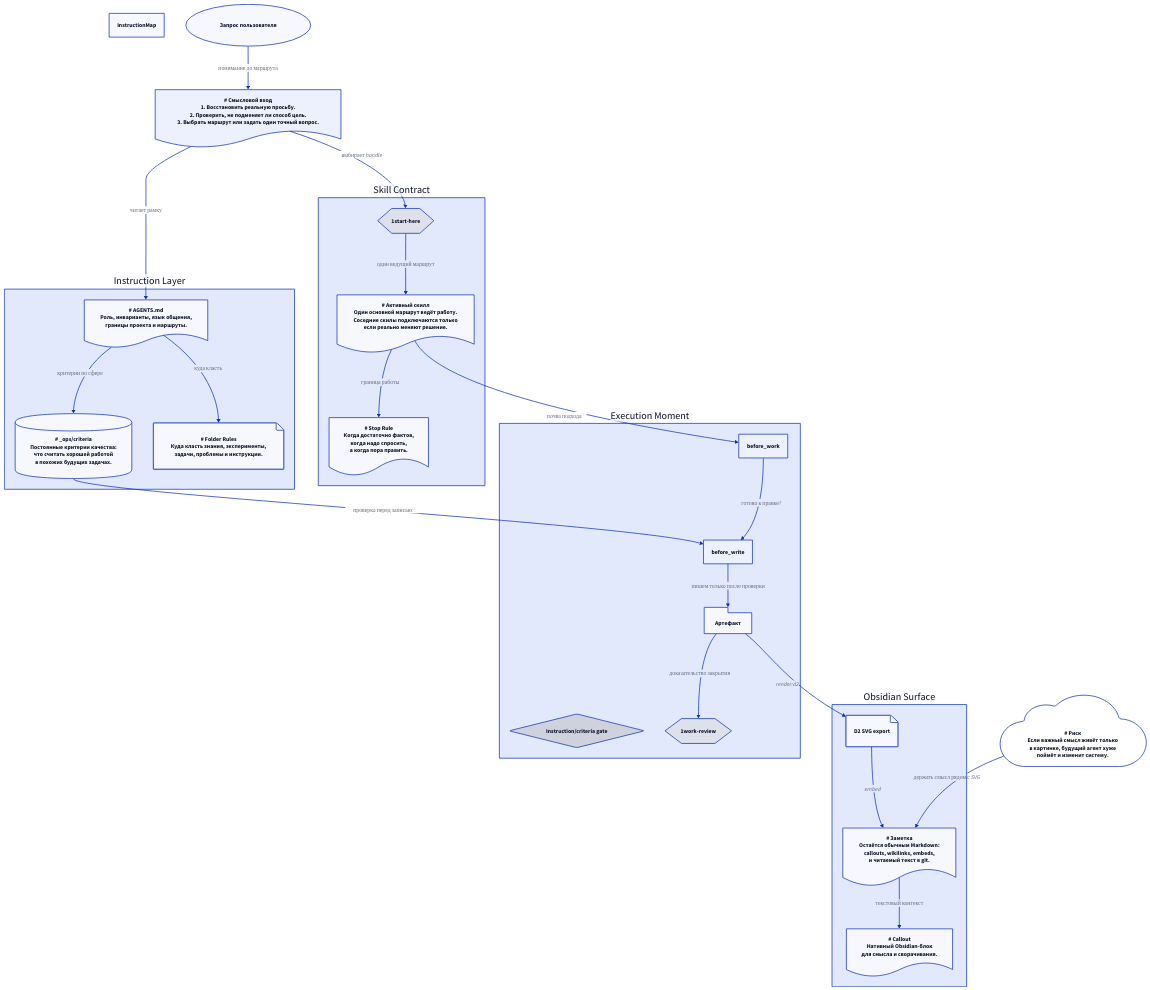
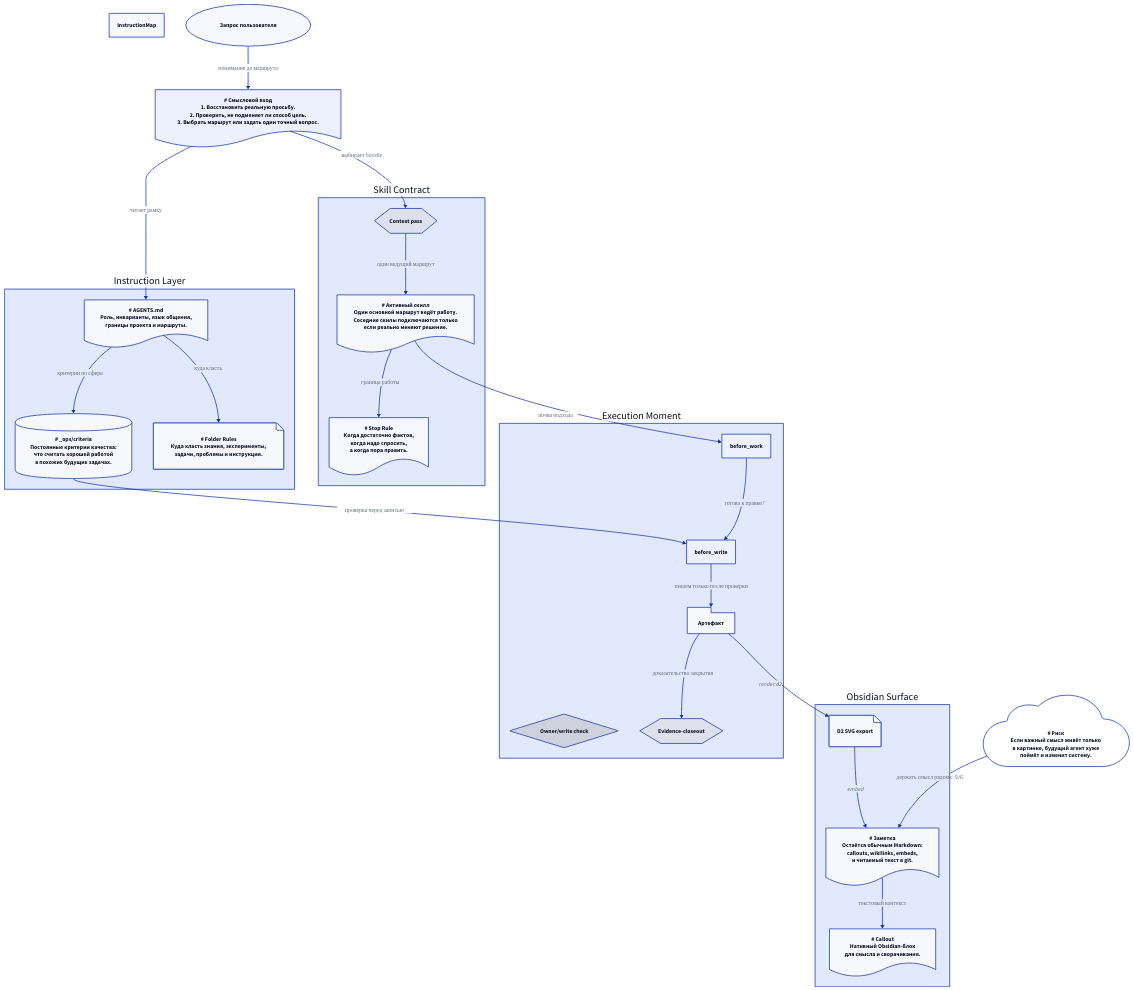
One commit to triton2030/agentic-research changed the diagram in experiments/obsidian-beauty-lab/data/instruction-map.d2. Above: the diagram before and after it, drawn with D2. The commit also changed 118 other files, not shown here.

```diff
--- a/experiments/obsidian-beauty-lab/data/instruction-map.d2
+++ b/experiments/obsidian-beauty-lab/data/instruction-map.d2
@@ -1,121 +1,121 @@
 title: InstructionMap
 
 direction: down
 
 request: "Запрос пользователя" {
   shape: oval
 }
 
 intent: |md
 # Смысловой вход
 1. Восстановить реальную просьбу.
 2. Проверить, не подменяет ли способ цель.
 3. Выбрать маршрут или задать один точный вопрос.
 |
 intent.shape: document
 
 instruction_layer: "Instruction Layer" {
   root: |md
 # AGENTS.md
 Роль, инварианты, язык общения,
 границы проекта и маршруты.
 |
   root.shape: document
 
   ops: |md
 # _ops/criteria
 Постоянные критерии качества:
 что считать хорошей работой
 в похожих будущих задачах.
 |
   ops.shape: cylinder
 
   folder_rules: |md
 # Folder Rules
 Куда класть знания, эксперименты,
 задачи, проблемы и инструкции.
 |
   folder_rules.shape: page
 }
 
 skill_contract: "Skill Contract" {
-  route: "1start-here" {
+  route: "Context pass" {
     shape: hexagon
   }
 
   active_skill: |md
 # Активный скилл
 Один основной маршрут ведёт работу.
 Соседние скилы подключаются только
 если реально меняют решение.
 |
   active_skill.shape: document
 
   stop_rule: |md
 # Stop Rule
 Когда достаточно фактов,
 когда надо спросить,
 а когда пора править.
 |
   stop_rule.shape: document
 }
 
 execution: "Execution Moment" {
-  write_gate: "Instruction/criteria gate" {
+  write_gate: "Owner/write check" {
     shape: diamond
   }
 
   artifact: "Артефакт" {
     shape: package
   }
 
-  review: "1work-review" {
+  review: "Evidence-closeout" {
     shape: hexagon
   }
 }
 
 obsidian_surface: "Obsidian Surface" {
   note: |md
 # Заметка
 Остаётся обычным Markdown:
 callouts, wikilinks, embeds,
 и читаемый текст в git.
 |
   note.shape: document
 
   svg: "D2 SVG export" {
     shape: page
   }
 
   callout: |md
 # Callout
 Нативный Obsidian-блок
 для смысла и сворачивания.
 |
   callout.shape: document
 }
 
 risk: |md
 # Риск
 Если важный смысл живёт только
 в картинке, будущий агент хуже
 поймёт и изменит систему.
 |
 risk.shape: cloud
 
 request -> intent: "понимание до маршрута"
 intent -> instruction_layer.root: "читает рамку"
 intent -> skill_contract.route: "выбирает handle"
 instruction_layer.root -> instruction_layer.ops: "критерии по сфере"
 instruction_layer.root -> instruction_layer.folder_rules: "куда класть"
 instruction_layer.ops -> execution.before_write: "проверка перед записью"
 skill_contract.route -> skill_contract.active_skill: "один ведущий маршрут"
 skill_contract.active_skill -> skill_contract.stop_rule: "граница работы"
 skill_contract.active_skill -> execution.before_work: "почва подхода"
 execution.before_work -> execution.before_write: "готово к правке?"
 execution.before_write -> execution.artifact: "пишем только после проверки"
 execution.artifact -> obsidian_surface.svg: "render:d2"
 obsidian_surface.svg -> obsidian_surface.note: "embed"
 obsidian_surface.note -> obsidian_surface.callout: "текстовый контекст"
 execution.artifact -> execution.review: "доказательство закрытия"
 risk -> obsidian_surface.note: "держать смысл рядом с SVG"
```
